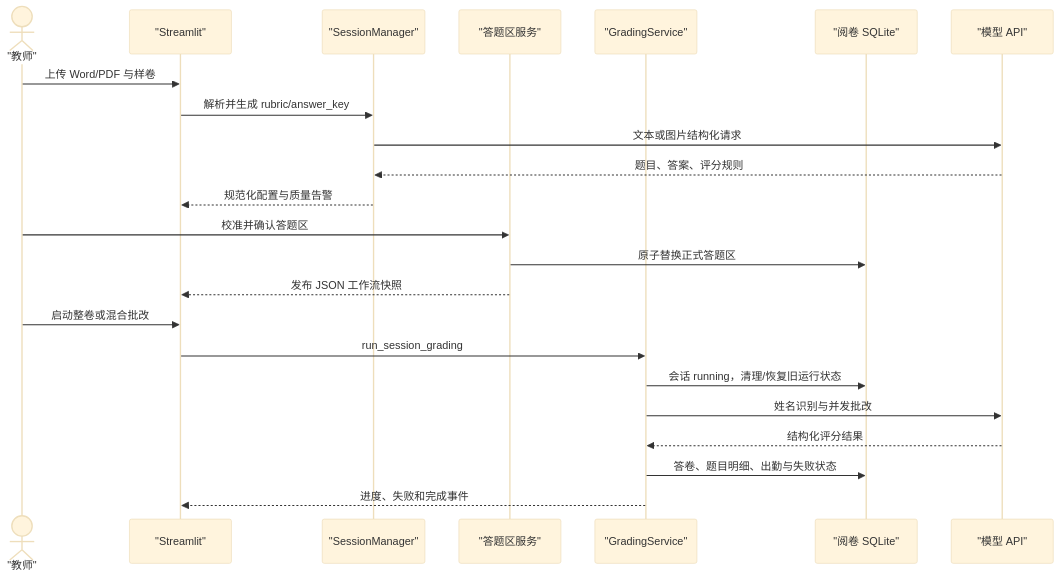
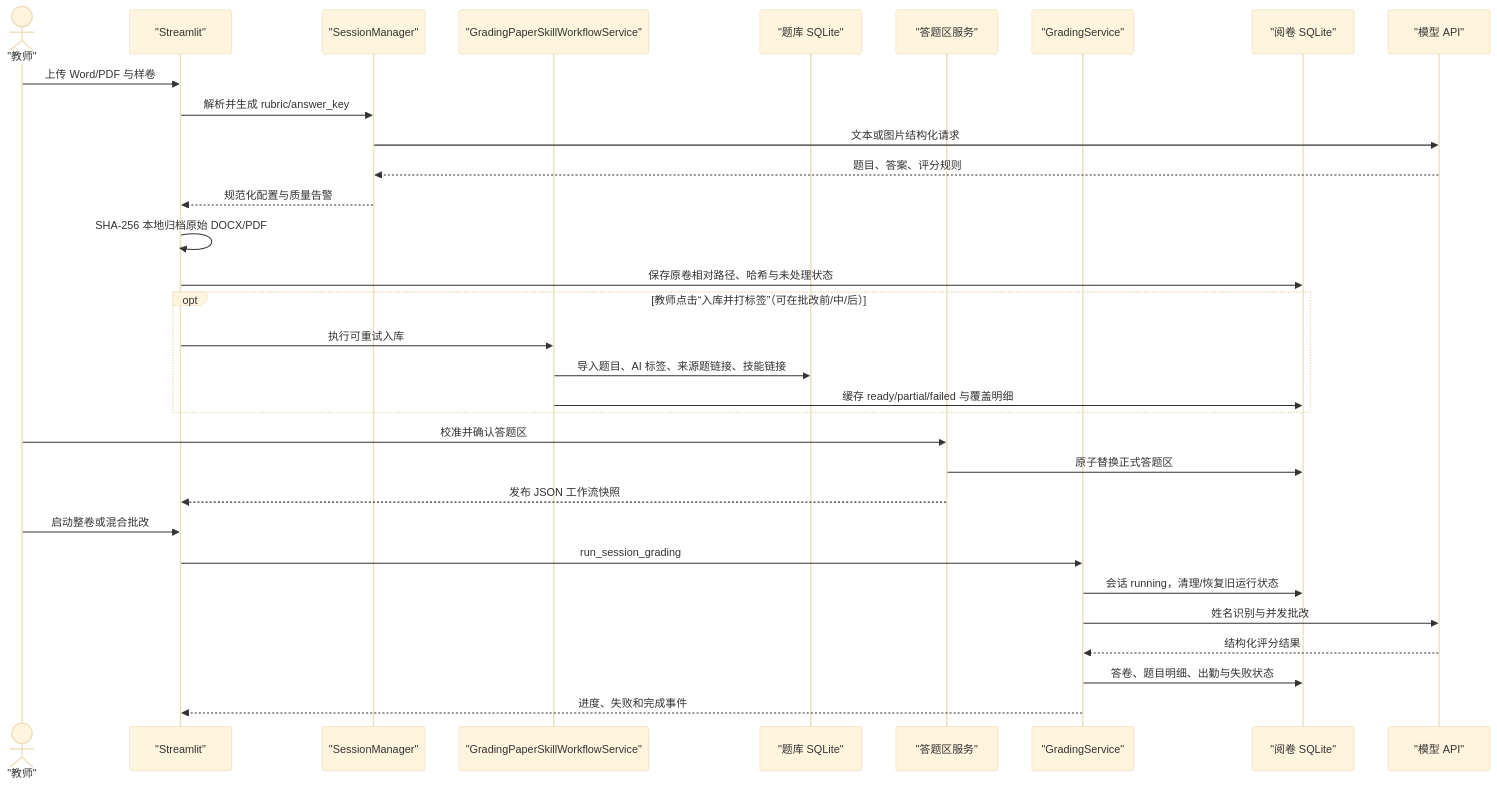
One commit to Hineni412/ai-grading-system-workstation changed the third of 5 diagrams in ARCHITECTURE.md. Above: the diagram before and after it, drawn with Mermaid (base theme). The commit also changed other lines of this file and 1 other file, not shown here.

Commit message:
docs: document grading paper skill workflow

````diff
--- a/ARCHITECTURE.md
+++ b/ARCHITECTURE.md
@@ -225,26 +235,35 @@
 ```mermaid
 sequenceDiagram
     actor U as "教师"
     participant UI as "Streamlit"
     participant CFG as "SessionManager"
+    participant WF as "GradingPaperSkillWorkflowService"
+    participant QB as "题库 SQLite"
     participant REG as "答题区服务"
     participant GR as "GradingService"
     participant DB as "阅卷 SQLite"
     participant AI as "模型 API"
 
     U->>UI: 上传 Word/PDF 与样卷
     UI->>CFG: 解析并生成 rubric/answer_key
     CFG->>AI: 文本或图片结构化请求
     AI-->>CFG: 题目、答案、评分规则
     CFG-->>UI: 规范化配置与质量告警
+    UI->>UI: SHA-256 本地归档原始 DOCX/PDF
+    UI->>DB: 保存原卷相对路径、哈希与未处理状态
+    opt 教师点击“入库并打标签”（可在批改前/中/后）
+        UI->>WF: 执行可重试入库
+        WF->>QB: 导入题目、AI 标签、来源题链接、技能链接
+        WF->>DB: 缓存 ready/partial/failed 与覆盖明细
+    end
     U->>REG: 校准并确认答题区
     REG->>DB: 原子替换正式答题区
     REG-->>UI: 发布 JSON 工作流快照
     U->>UI: 启动整卷或混合批改
     UI->>GR: run_session_grading
     GR->>DB: 会话 running，清理/恢复旧运行状态
     GR->>AI: 姓名识别与并发批改
     AI-->>GR: 结构化评分结果
     GR->>DB: 答卷、题目明细、出勤与失败状态
     GR-->>UI: 进度、失败和完成事件
 ```
````
